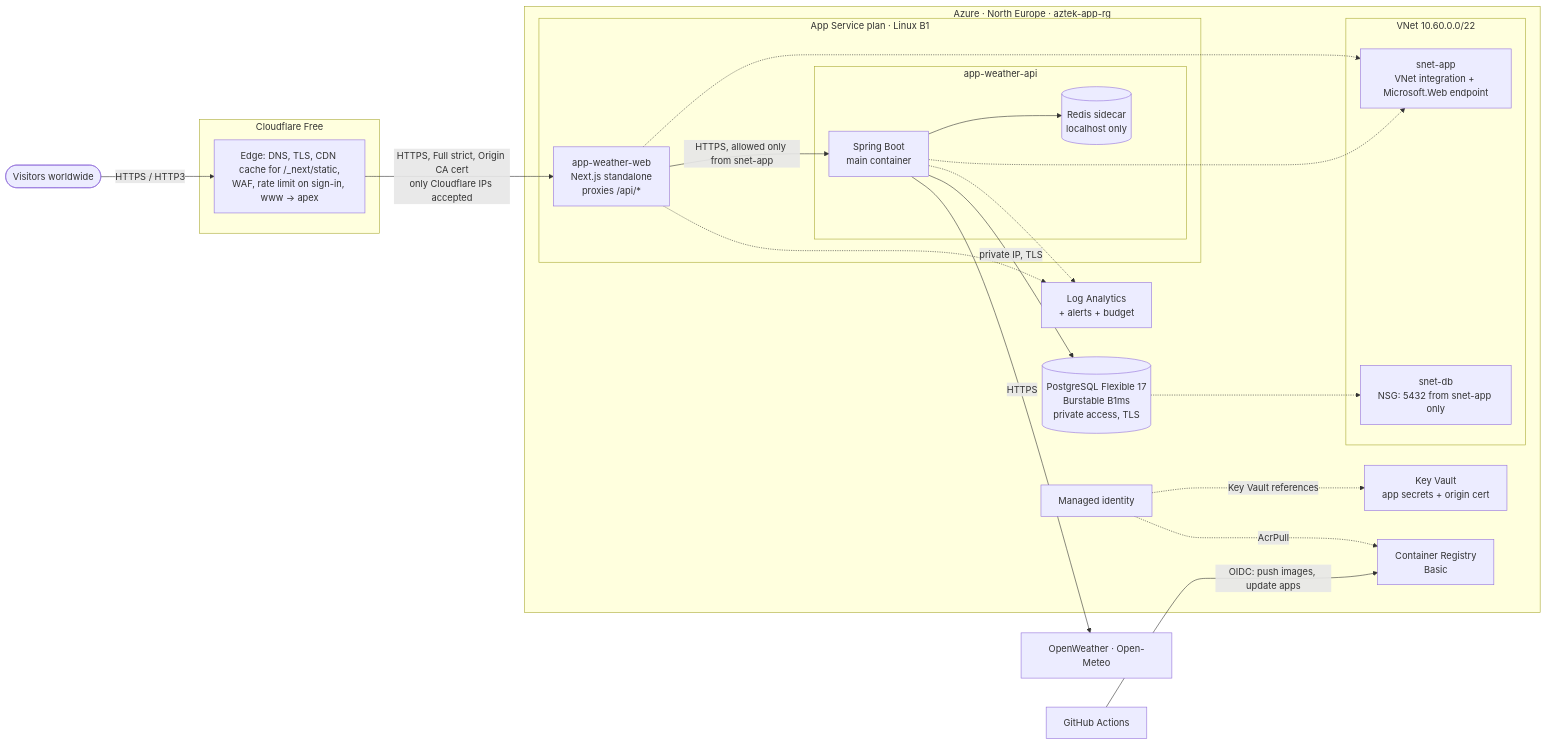
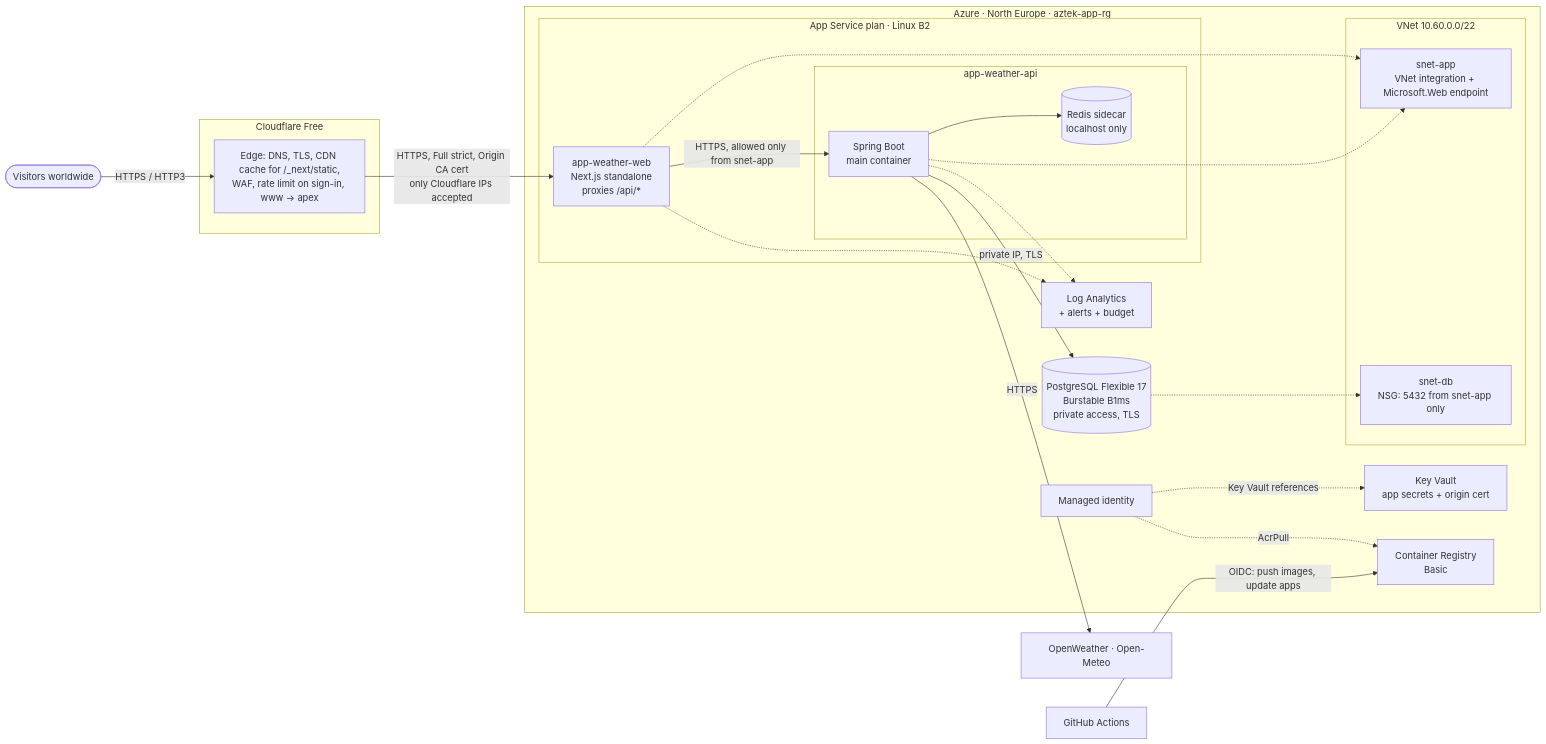
The diagram in docs/azure-deployment.md (Michaelo21-is/weather-app-aztek), drawn with Mermaid before and after one commit. The commit also changed other lines of this file, not shown here.

Commit message:
Document the B2 plan and the measured sign-up and startup times

````diff
--- a/docs/azure-deployment.md
+++ b/docs/azure-deployment.md
@@ -15,41 +15,41 @@
 ```mermaid
 flowchart LR
   user([Visitors worldwide]) -->|HTTPS / HTTP3| cf
 
   subgraph cloudflare[Cloudflare Free]
     cf[Edge: DNS, TLS, CDN cache for /_next/static,<br/>WAF, rate limit on sign-in, www → apex]
   end
 
   cf -->|HTTPS, Full strict, Origin CA cert<br/>only Cloudflare IPs accepted| web
 
   subgraph azure[Azure · North Europe · aztek-app-rg]
-    subgraph plan[App Service plan · Linux B1]
+    subgraph plan[App Service plan · Linux B2]
       web[app-weather-web<br/>Next.js standalone<br/>proxies /api/*]
       subgraph apiapp[app-weather-api]
         api[Spring Boot<br/>main container]
         redis[(Redis sidecar<br/>localhost only)]
       end
     end
     subgraph vnet[VNet 10.60.0.0/22]
       snetapp[snet-app<br/>VNet integration + Microsoft.Web endpoint]
       snetdb[snet-db<br/>NSG: 5432 from snet-app only]
     end
     pg[(PostgreSQL Flexible 17<br/>Burstable B1ms<br/>private access, TLS)]
     kv[Key Vault<br/>app secrets + origin cert]
     acr[Container Registry<br/>Basic]
     mi[Managed identity]
     log[Log Analytics<br/>+ alerts + budget]
   end
 
   web -->|HTTPS, allowed only from snet-app| api
   api --> redis
   api -->|private IP, TLS| pg
   web -.-> snetapp
   api -.-> snetapp
   pg -.-> snetdb
   mi -.->|Key Vault references| kv
   mi -.->|AcrPull| acr
   web & api -.-> log
   api -->|HTTPS| ext[OpenWeather · Open-Meteo]
   gh[GitHub Actions] -->|OIDC: push images, update apps| acr
 ```
````
